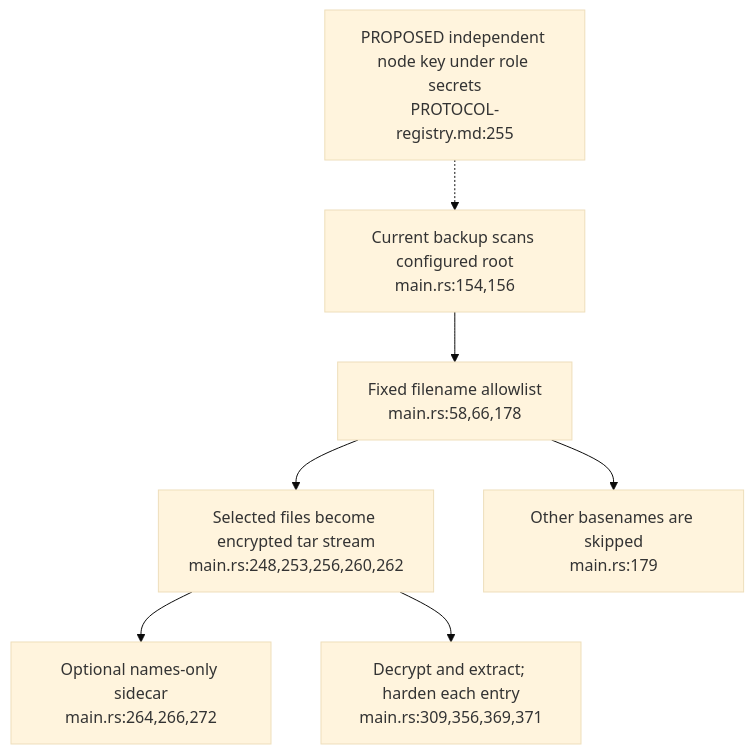
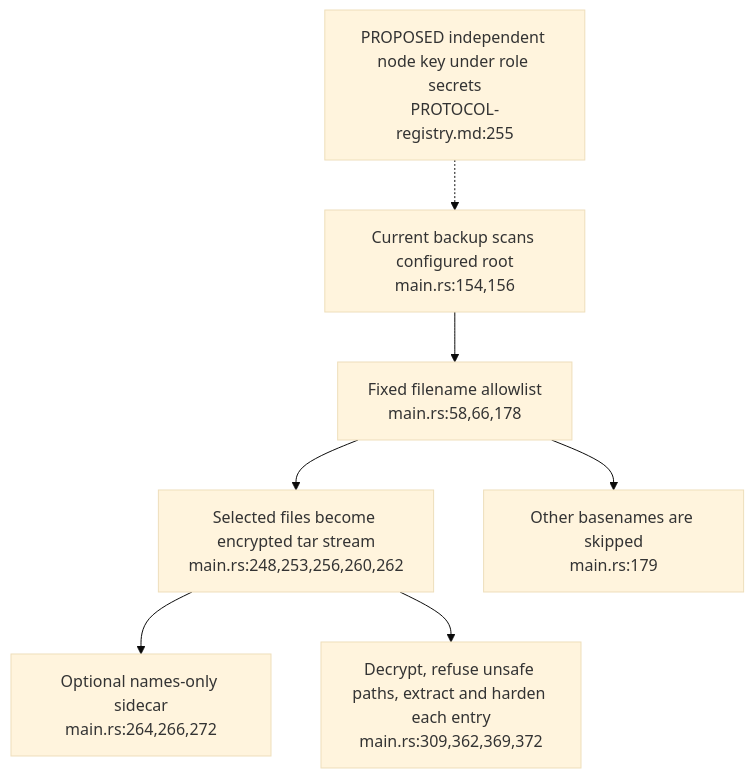
Before and after one commit to DreamLab-AI/VisionFlow: the third of 4 diagrams in docs/diagrams/agentbox/37-mesh-signer-and-recovery.md, drawn with Mermaid (base theme). The commit also changed other lines of this file and 173 other files, not shown here.

````diff
--- a/docs/diagrams/agentbox/37-mesh-signer-and-recovery.md
+++ b/docs/diagrams/agentbox/37-mesh-signer-and-recovery.md
@@ -63,9 +63,9 @@
 ```mermaid
 flowchart TD
     ROLE["PROPOSED independent node key under role secrets<br/>PROTOCOL-registry.md:255"] -.-> ROOT["Current backup scans configured root<br/>main.rs:154,156"]
     ROOT --> FILTER["Fixed filename allowlist<br/>main.rs:58,66,178"]
     FILTER --> AGE["Selected files become encrypted tar stream<br/>main.rs:248,253,256,260,262"]
     FILTER --> OMIT["Other basenames are skipped<br/>main.rs:179"]
     AGE --> NAMES["Optional names-only sidecar<br/>main.rs:264,266,272"]
-    AGE --> RESTORE["Decrypt and extract; harden each entry<br/>main.rs:309,356,369,371"]
+    AGE --> RESTORE["Decrypt, refuse unsafe paths, extract and harden each entry<br/>main.rs:309,362,369,372"]
 ```
````
